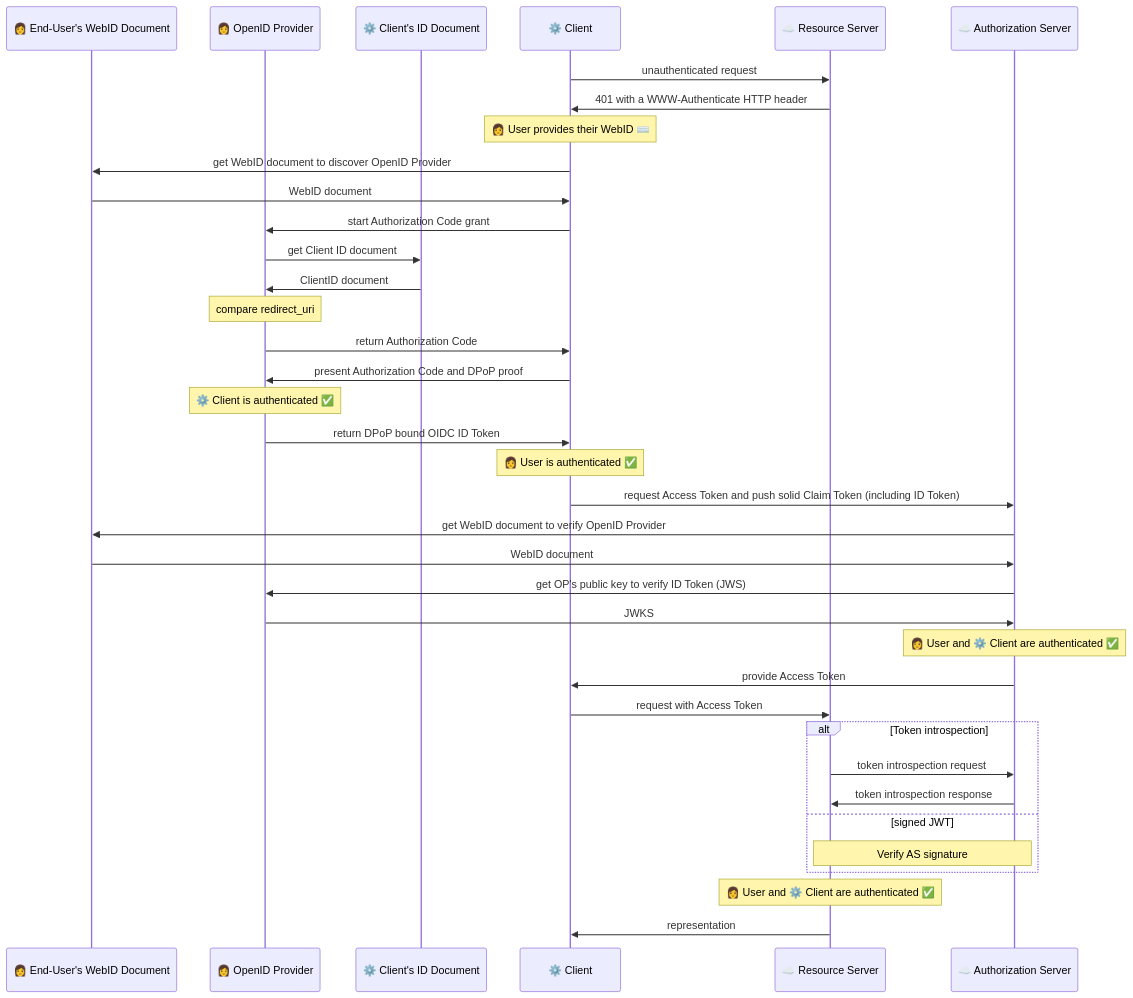
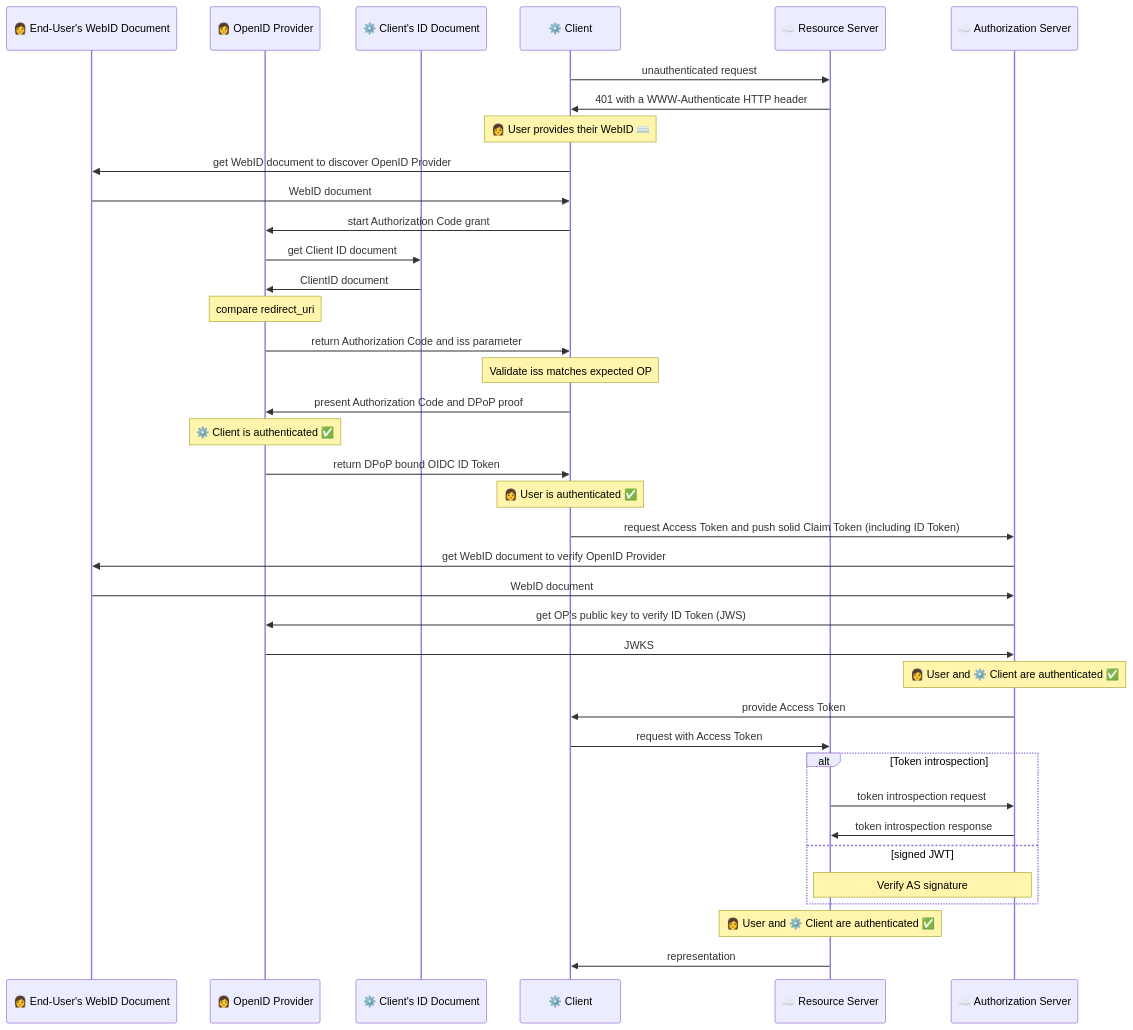
The diagram in sequence.mmd (solid/solid-oidc), drawn with Mermaid before and after one commit. The commit also changed 2 other files, not shown here.

Commit message:
Update Diagram and Primer to reflect `iss` check (#257)
* update primer

* update diagram

```diff
--- a/sequence.mmd
+++ b/sequence.mmd
@@ -1,37 +1,38 @@
 sequenceDiagram
   participant WebID as 👩 End-User's WebID Document
   participant OP as 👩 OpenID Provider
   participant ClientID as ⚙️ Client's ID Document
   participant C as ⚙️ Client
   participant RS as ☁️ Resource Server
   participant AS as ☁️ Authorization Server
   C ->> RS: unauthenticated request
   RS ->> C: 401 with a WWW-Authenticate HTTP header
   Note over C: 👩 User provides their WebID ⌨️
   C ->> WebID: get WebID document to discover OpenID Provider
   WebID ->> C: WebID document
   C ->> OP: start Authorization Code grant
   OP->> ClientID: get Client ID document
   ClientID->> OP: ClientID document
   Note over OP: compare redirect_uri
-  OP ->> C: return Authorization Code
+  OP ->> C: return Authorization Code and iss parameter
+  Note over C: Validate iss matches expected OP
   C ->> OP: present Authorization Code and DPoP proof
   Note over OP:  ⚙️ Client is authenticated ✅
   OP ->> C: return DPoP bound OIDC ID Token
   Note over C: 👩 User is authenticated ✅
   C ->> AS: request Access Token and push solid Claim Token (including ID Token)
   AS ->> WebID: get WebID document to verify OpenID Provider
   WebID ->> AS: WebID document
   AS ->> OP: get OP's public key to verify ID Token (JWS)
   OP ->> AS: JWKS
   Note over AS: 👩 User and ⚙️ Client are authenticated ✅
   AS ->> C: provide Access Token
   C ->> RS: request with Access Token
   alt Token introspection
   RS ->> AS: token introspection request
   AS ->> RS: token introspection response
   else signed JWT
     Note over RS, AS: Verify AS signature
   end
   Note over RS: 👩 User and ⚙️ Client are authenticated ✅
   RS ->> C: representation
```
